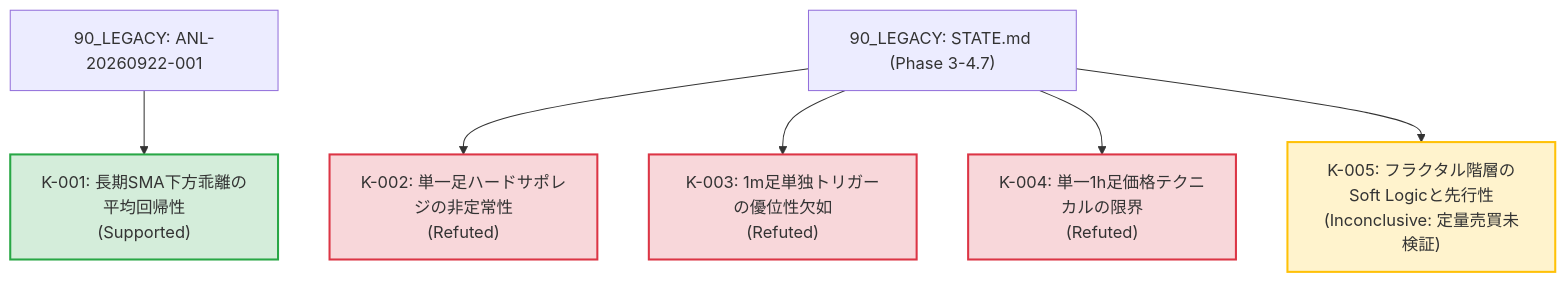
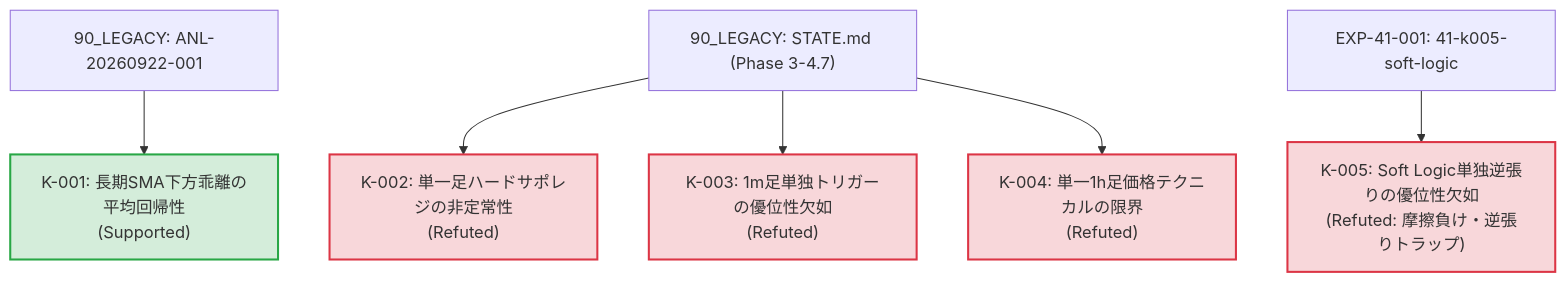
One commit to makagi/MTF_AI_Trade changed the diagram in 03_KNOWLEDGE/knowledge-lineage.md. Above: the diagram before and after it, drawn with Mermaid. The commit also changed other lines of this file and 5 other files, not shown here.

Commit message:
feat(analysis): quantitative re-evaluation of K-005 Soft Logic (close #41)

````diff
--- a/03_KNOWLEDGE/knowledge-lineage.md
+++ b/03_KNOWLEDGE/knowledge-lineage.md
@@ -28,18 +28,18 @@
 ```mermaid
 graph TD
     classDef supported fill:#d4edda,stroke:#28a745,stroke-width:2px;
     classDef refuted fill:#f8d7da,stroke:#dc3545,stroke-width:2px;
     classDef inconclusive fill:#fff3cd,stroke:#ffc107,stroke-width:2px;
 
     K001["K-001: 長期SMA下方乖離の平均回帰性<br/>(Supported)"]:::supported
     K002["K-002: 単一足ハードサポレジの非定常性<br/>(Refuted)"]:::refuted
     K003["K-003: 1m足単独トリガーの優位性欠如<br/>(Refuted)"]:::refuted
     K004["K-004: 単一1h足価格テクニカルの限界<br/>(Refuted)"]:::refuted
-    K005["K-005: フラクタル階層のSoft Logicと先行性<br/>(Inconclusive: 定量売買未検証)"]:::inconclusive
+    K005["K-005: Soft Logic単独逆張りの優位性欠如<br/>(Refuted: 摩擦負け・逆張りトラップ)"]:::refuted
 
     LEG_ANL1["90_LEGACY: ANL-20260922-001"] --> K001
     LEG_STATE["90_LEGACY: STATE.md (Phase 3-4.7)"] --> K002
     LEG_STATE --> K003
     LEG_STATE --> K004
-    LEG_STATE --> K005
+    EXP041["EXP-41-001: 41-k005-soft-logic"] --> K005
 ```
````
